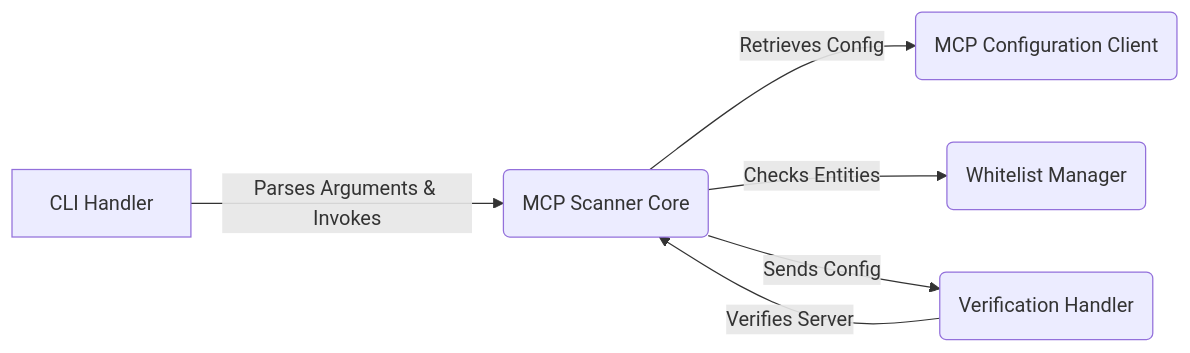
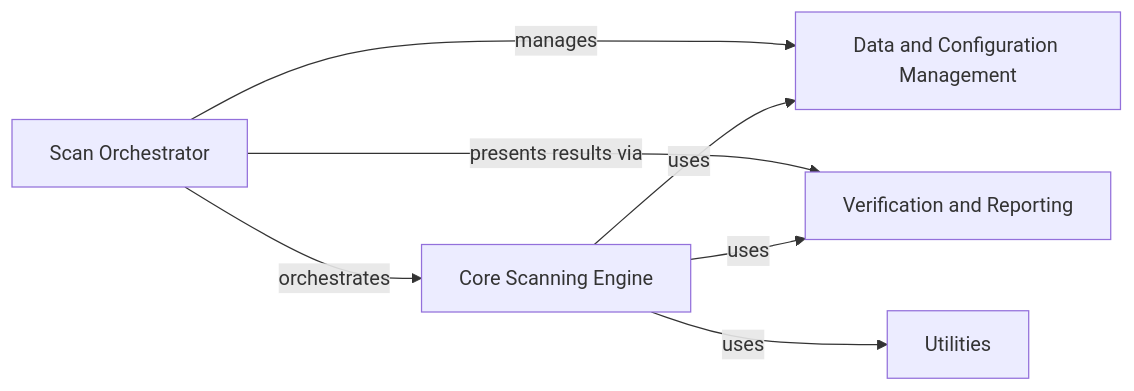
One commit to CodeBoarding/GeneratedOnBoardings changed the diagram in mcp-scan/on_boarding.md. Above: the diagram before and after it, drawn with Mermaid. The commit also changed other lines of this file and 10 other files, not shown here.

Commit message:
Uploading onboarding materials for mcp-scan

````diff
--- a/mcp-scan/on_boarding.md
+++ b/mcp-scan/on_boarding.md
@@ -8,14 +1,19 @@
 ```mermaid
 graph LR
-    A["CLI Handler"] -- Parses Arguments & Invokes --> B("MCP Scanner Core")
-    B -- Retrieves Config --> C("MCP Configuration Client")
-    B -- Checks Entities --> D("Whitelist Manager")
-    B -- Sends Config --> E("Verification Handler")
-    E -- Verifies Server --> B
-
-click A href "https://github.com/CodeBoarding/GeneratedOnBoardings/blob/main/mcp-scan//CLI%20Handler.md"
-click B href "https://github.com/CodeBoarding/GeneratedOnBoardings/blob/main/mcp-scan//MCP%20Scanner%20Core.md"
-click C href "https://github.com/CodeBoarding/GeneratedOnBoardings/blob/main/mcp-scan//MCP%20Configuration%20Client.md"
-click D href "https://github.com/CodeBoarding/GeneratedOnBoardings/blob/main/mcp-scan//Whitelist%20Manager.md"
-click E href "https://github.com/CodeBoarding/GeneratedOnBoardings/blob/main/mcp-scan//Verification%20Handler.md"
+    Scan_Orchestrator["Scan Orchestrator"]
+    Core_Scanning_Engine["Core Scanning Engine"]
+    Data_and_Configuration_Management["Data and Configuration Management"]
+    Verification_and_Reporting["Verification and Reporting"]
+    Utilities["Utilities"]
+    Scan_Orchestrator -- "orchestrates" --> Core_Scanning_Engine
+    Scan_Orchestrator -- "manages" --> Data_and_Configuration_Management
+    Scan_Orchestrator -- "presents results via" --> Verification_and_Reporting
+    Core_Scanning_Engine -- "uses" --> Data_and_Configuration_Management
+    Core_Scanning_Engine -- "uses" --> Verification_and_Reporting
+    Core_Scanning_Engine -- "uses" --> Utilities
+    click Scan_Orchestrator href "https://github.com/CodeBoarding/GeneratedOnBoardings/blob/main/mcp-scan/Scan Orchestrator.md" "Details"
+    click Core_Scanning_Engine href "https://github.com/CodeBoarding/GeneratedOnBoardings/blob/main/mcp-scan/Core Scanning Engine.md" "Details"
+    click Data_and_Configuration_Management href "https://github.com/CodeBoarding/GeneratedOnBoardings/blob/main/mcp-scan/Data and Configuration Management.md" "Details"
+    click Verification_and_Reporting href "https://github.com/CodeBoarding/GeneratedOnBoardings/blob/main/mcp-scan/Verification and Reporting.md" "Details"
+    click Utilities href "https://github.com/CodeBoarding/GeneratedOnBoardings/blob/main/mcp-scan/Utilities.md" "Details"
 ```
````
